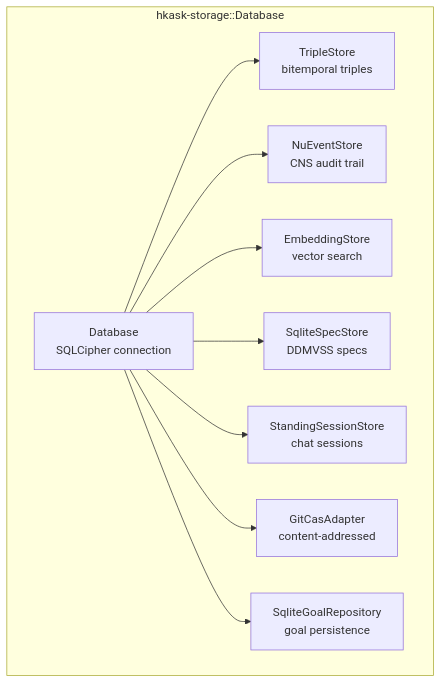
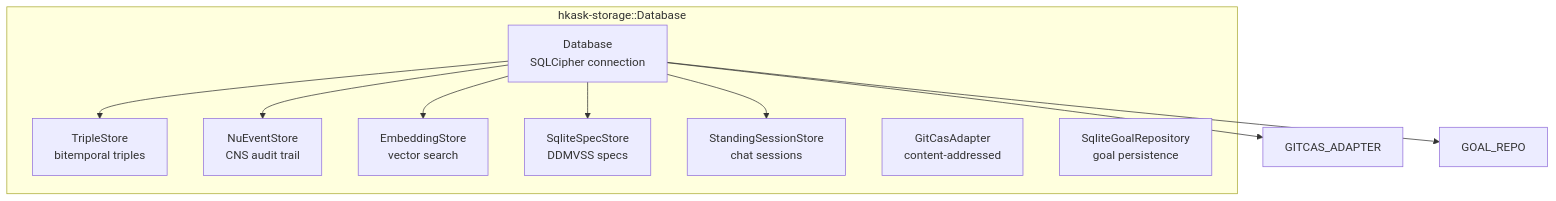
Before and after one commit to mdz-axo/hKask: the first of 3 diagrams in docs/architecture/persistence-and-lifecycle.md, drawn with Mermaid. The commit also changed other lines of this file and 23 other files, not shown here.

````diff
--- a/docs/architecture/persistence-and-lifecycle.md
+++ b/docs/architecture/persistence-and-lifecycle.md
@@ -37,21 +55,21 @@
 ```mermaid
 graph TD
     subgraph Database["hkask-storage::Database"]
         DB["Database<br/>SQLCipher connection"]
         TRIPLES["TripleStore<br/>bitemporal triples"]
         EVENTS["NuEventStore<br/>CNS audit trail"]
         EMBEDS["EmbeddingStore<br/>vector search"]
         SPECS["SqliteSpecStore<br/>DDMVSS specs"]
         SESSIONS["StandingSessionStore<br/>chat sessions"]
         GITCAS["GitCasAdapter<br/>content-addressed"]
         GOAL["SqliteGoalRepository<br/>goal persistence"]
     end
 
     DB --> TRIPLES
     DB --> EVENTS
     DB --> EMBEDS
     DB --> SPECS
     DB --> SESSIONS
-    DB --> GITCAS
-    DB --> GOAL
+    DB --> GITCAS_ADAPTER
+    DB --> GOAL_REPO
 ```
````
